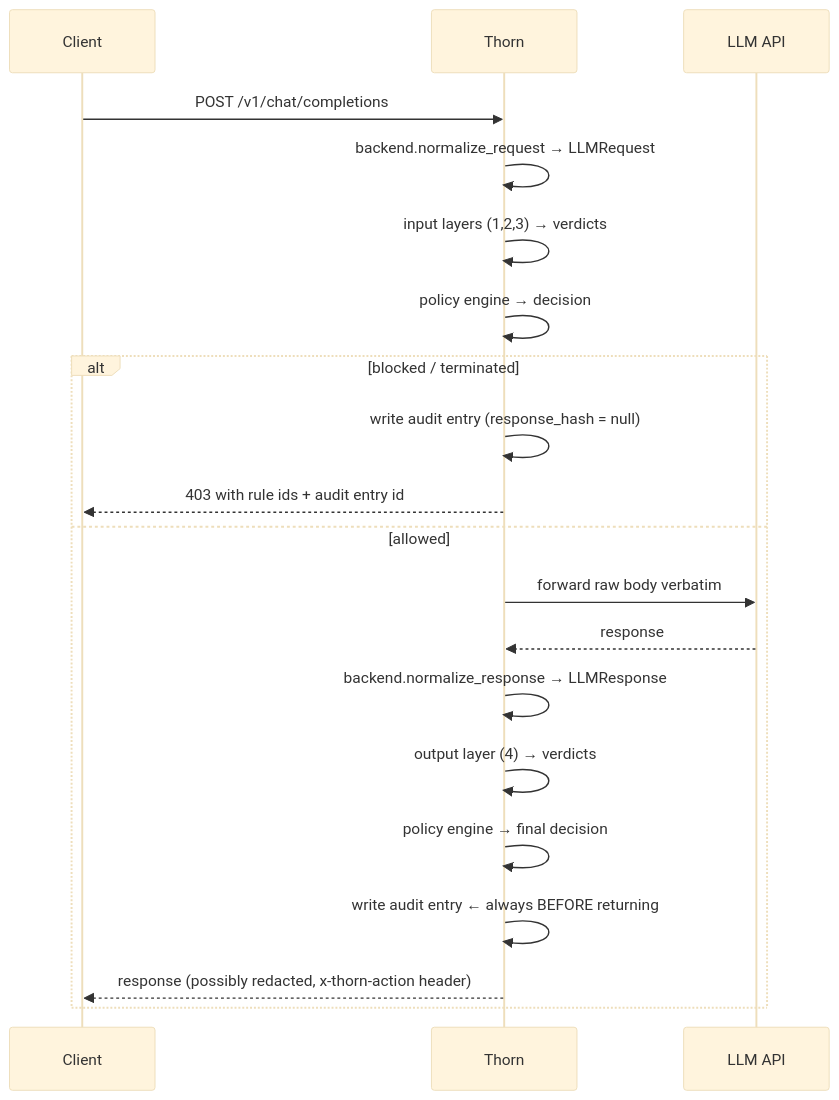
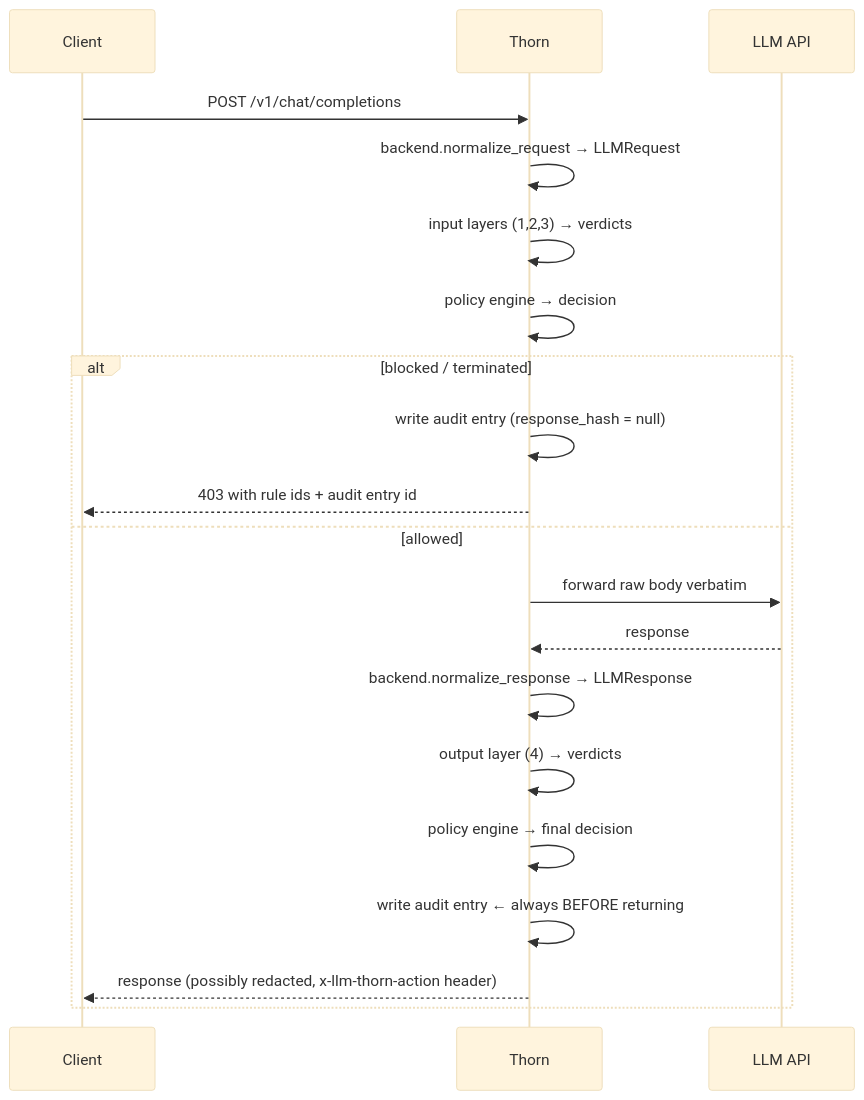
One commit to kirtanpatel2003/llm-thorn changed the diagram in docs/architecture.md. Above: the diagram before and after it, drawn with Mermaid (base theme). The commit also changed other lines of this file and 32 other files, not shown here.

````diff
--- a/docs/architecture.md
+++ b/docs/architecture.md
@@ -21,22 +22,22 @@
 ```mermaid
 sequenceDiagram
     participant C as Client
     participant T as Thorn
     participant L as LLM API
     C->>T: POST /v1/chat/completions
     T->>T: backend.normalize_request → LLMRequest
     T->>T: input layers (1,2,3) → verdicts
     T->>T: policy engine → decision
     alt blocked / terminated
         T->>T: write audit entry (response_hash = null)
         T-->>C: 403 with rule ids + audit entry id
     else allowed
         T->>L: forward raw body verbatim
         L-->>T: response
         T->>T: backend.normalize_response → LLMResponse
         T->>T: output layer (4) → verdicts
         T->>T: policy engine → final decision
         T->>T: write audit entry  ← always BEFORE returning
-        T-->>C: response (possibly redacted, x-thorn-action header)
+        T-->>C: response (possibly redacted, x-llm-thorn-action header)
     end
 ```
````
